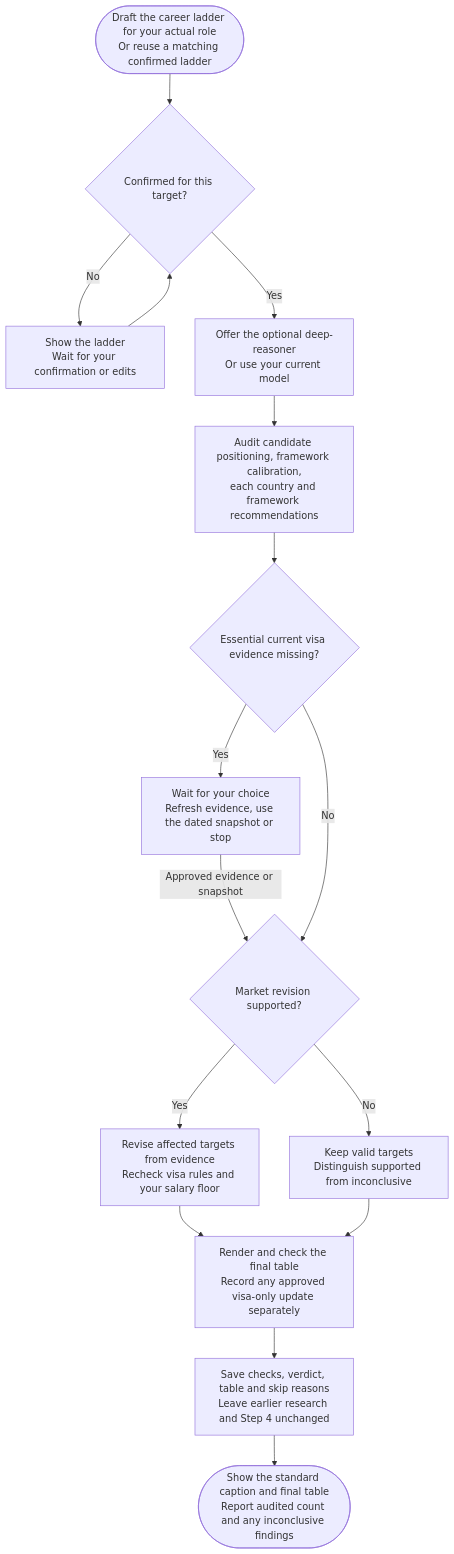
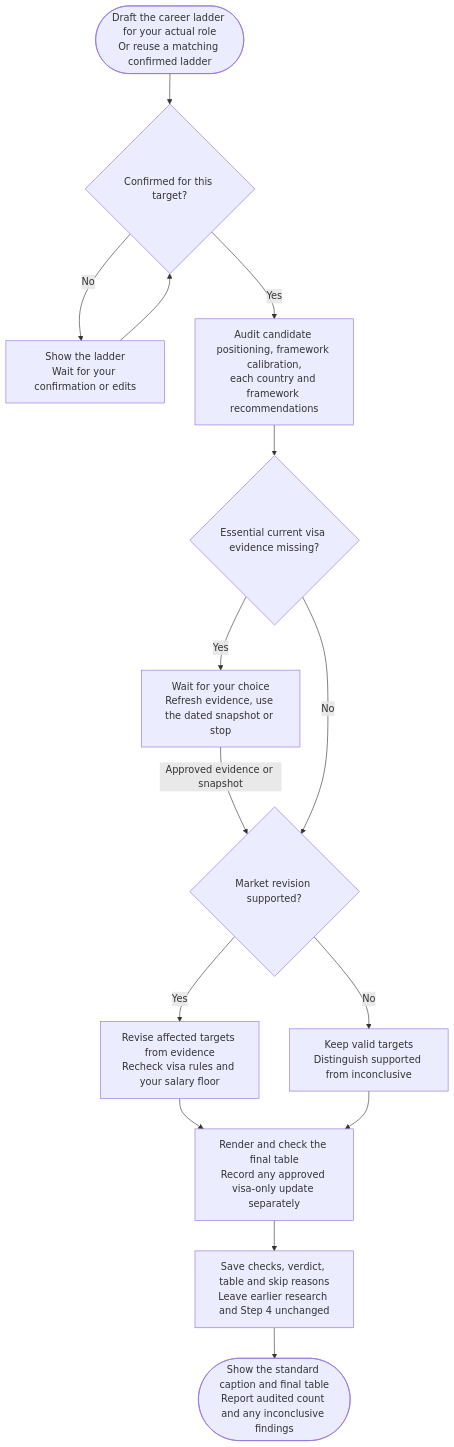
Before and after one commit to myowinthein/agent-compass: the diagram in docs/commands/salary-calculator/step5b-final-verification/detailed.md, drawn with Mermaid. The commit also changed other lines of this file and 38 other files, not shown here.

First line of the commit message:
refactor(workflows): use the current model for analysis and audits

````diff
--- a/docs/commands/salary-calculator/step5b-final-verification/detailed.md
+++ b/docs/commands/salary-calculator/step5b-final-verification/detailed.md
@@ -24,18 +24,17 @@
 ```mermaid
 flowchart TD
   Start(["Draft the career ladder for your actual role<br/>Or reuse a matching confirmed ladder"]) --> Confirm{"Confirmed for this target?"}
   Confirm -->|No| Edit["Show the ladder<br/>Wait for your confirmation or edits"]
   Edit --> Confirm
-  Confirm -->|Yes| Model["Offer the optional deep-reasoner<br/>Or use your current model"]
-  Model --> Audit["Audit candidate positioning, framework calibration,<br/>each country and framework recommendations"]
+  Confirm -->|Yes| Audit["Audit candidate positioning, framework calibration,<br/>each country and framework recommendations"]
   Audit --> Current{"Essential current visa evidence missing?"}
   Current -->|Yes| Choice["Wait for your choice<br/>Refresh evidence, use the dated snapshot or stop"]
   Choice -->|Approved evidence or snapshot| Verdict
   Current -->|No| Verdict{"Market revision supported?"}
   Verdict -->|Yes| Recal["Revise affected targets from evidence<br/>Recheck visa rules and your salary floor"]
   Verdict -->|No| Keep["Keep valid targets<br/>Distinguish supported from inconclusive"]
   Recal --> Final["Render and check the final table<br/>Record any approved visa-only update separately"]
   Keep --> Final
   Final --> Save["Save checks, verdict, table and skip reasons<br/>Leave earlier research and Step 4 unchanged"]
   Save --> End(["Show the standard caption and final table<br/>Report audited count and any inconclusive findings"])
 ```
````
